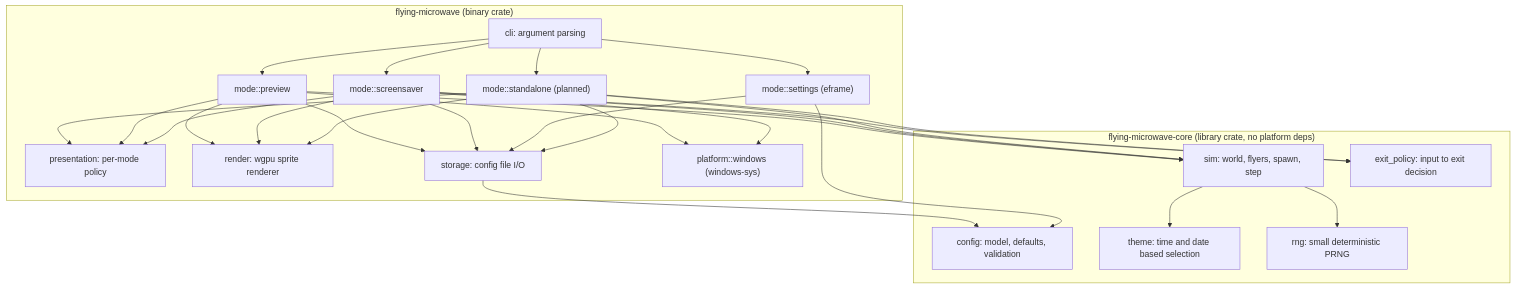
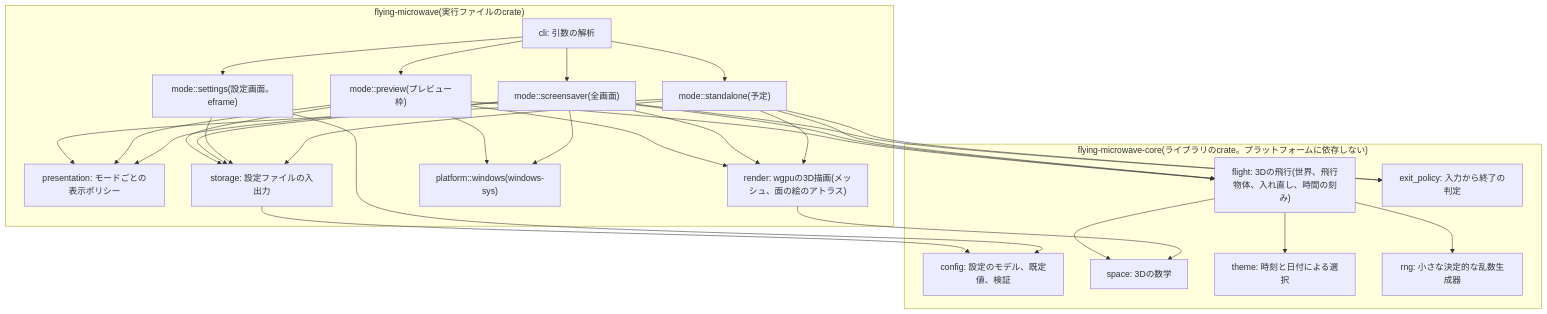
Before and after one commit to suchi/flying-microwave: the first of 3 diagrams in docs/design/architecture.md, drawn with Mermaid. The commit also changed other lines of this file and 20 other files, not shown here.

````diff
--- a/docs/design/architecture.md
+++ b/docs/design/architecture.md
@@ -24,46 +24,49 @@
 ```mermaid
 flowchart TB
-    subgraph app["flying-microwave (binary crate)"]
-        cli["cli: argument parsing"]
-        saver["mode::screensaver"]
-        preview["mode::preview"]
-        settingsui["mode::settings (eframe)"]
-        standalone["mode::standalone (planned)"]
-        policy["presentation: per-mode policy"]
-        render["render: wgpu sprite renderer"]
-        storage["storage: config file I/O"]
-        platform["platform::windows (windows-sys)"]
+    subgraph app["flying-microwave(実行ファイルのcrate)"]
+        cli["cli: 引数の解析"]
+        saver["mode::screensaver(全画面)"]
+        preview["mode::preview(プレビュー枠)"]
+        settingsui["mode::settings(設定画面。eframe)"]
+        standalone["mode::standalone(予定)"]
+        policy["presentation: モードごとの表示ポリシー"]
+        render["render: wgpuの3D描画(メッシュ、面の絵のアトラス)"]
+        storage["storage: 設定ファイルの入出力"]
+        platform["platform::windows(windows-sys)"]
     end
-    subgraph core["flying-microwave-core (library crate, no platform deps)"]
-        config["config: model, defaults, validation"]
-        sim["sim: world, flyers, spawn, step"]
-        theme["theme: time and date based selection"]
-        exitpolicy["exit_policy: input to exit decision"]
-        rng["rng: small deterministic PRNG"]
+    subgraph core["flying-microwave-core(ライブラリのcrate。プラットフォームに依存しない)"]
+        config["config: 設定のモデル、既定値、検証"]
+        flight["flight: 3Dの飛行(世界、飛行物体、入れ直し、時間の刻み)"]
+        space["space: 3Dの数学"]
+        theme["theme: 時刻と日付による選択"]
+        exitpolicy["exit_policy: 入力から終了の判定"]
+        rng["rng: 小さな決定的な乱数生成器"]
     end
     cli --> saver
     cli --> preview
     cli --> settingsui
     cli --> standalone
     saver --> policy
     preview --> policy
     standalone --> policy
-    standalone --> sim
+    standalone --> flight
     standalone --> render
     standalone --> exitpolicy
     standalone --> storage
-    saver --> sim
+    saver --> flight
     saver --> exitpolicy
     saver --> render
     saver --> platform
-    preview --> sim
+    preview --> flight
     preview --> render
     preview --> platform
+    render --> space
     settingsui --> config
     settingsui --> storage
     saver --> storage
     preview --> storage
     storage --> config
-    sim --> theme
-    sim --> rng
+    flight --> space
+    flight --> theme
+    flight --> rng
 ```
````
